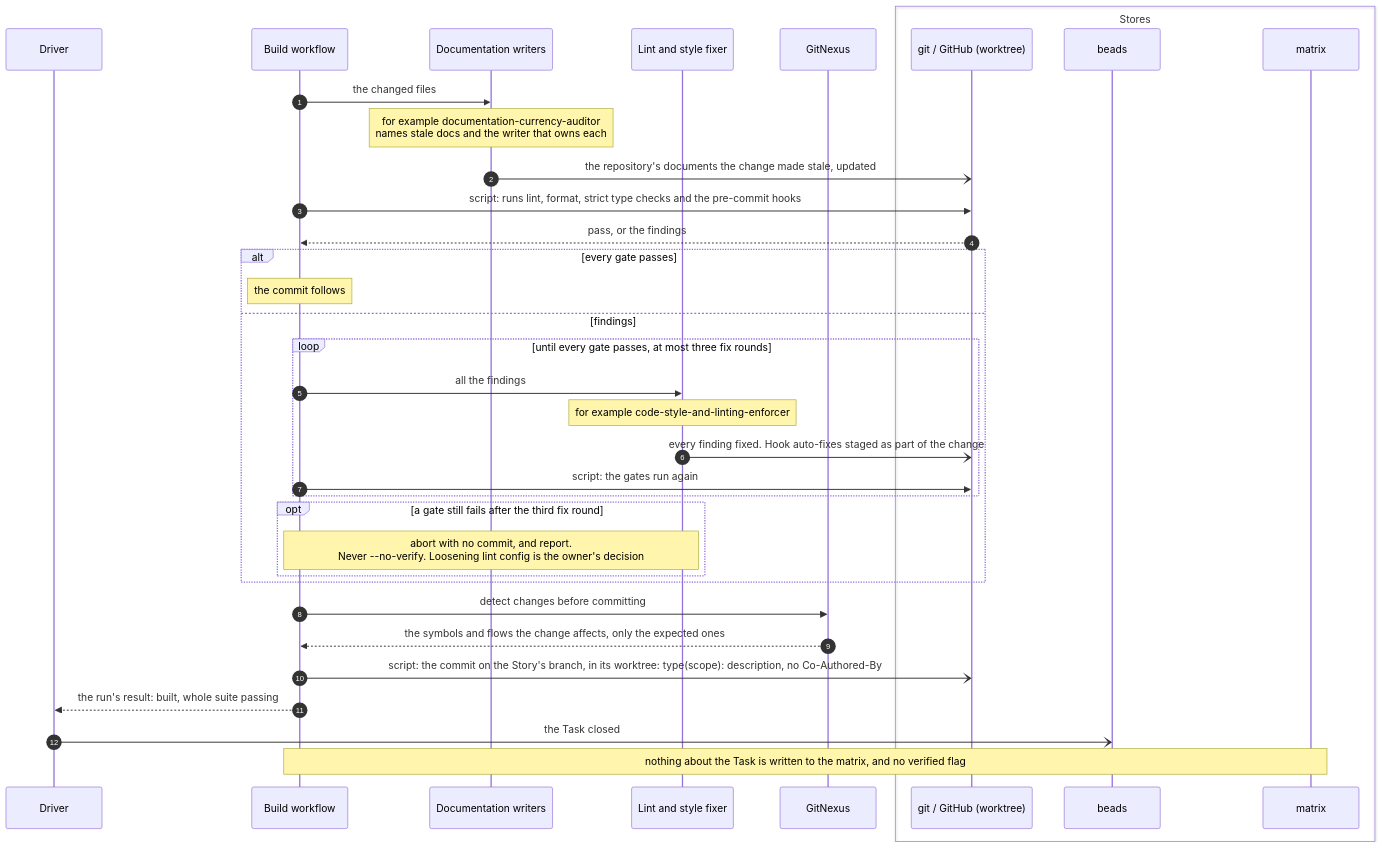
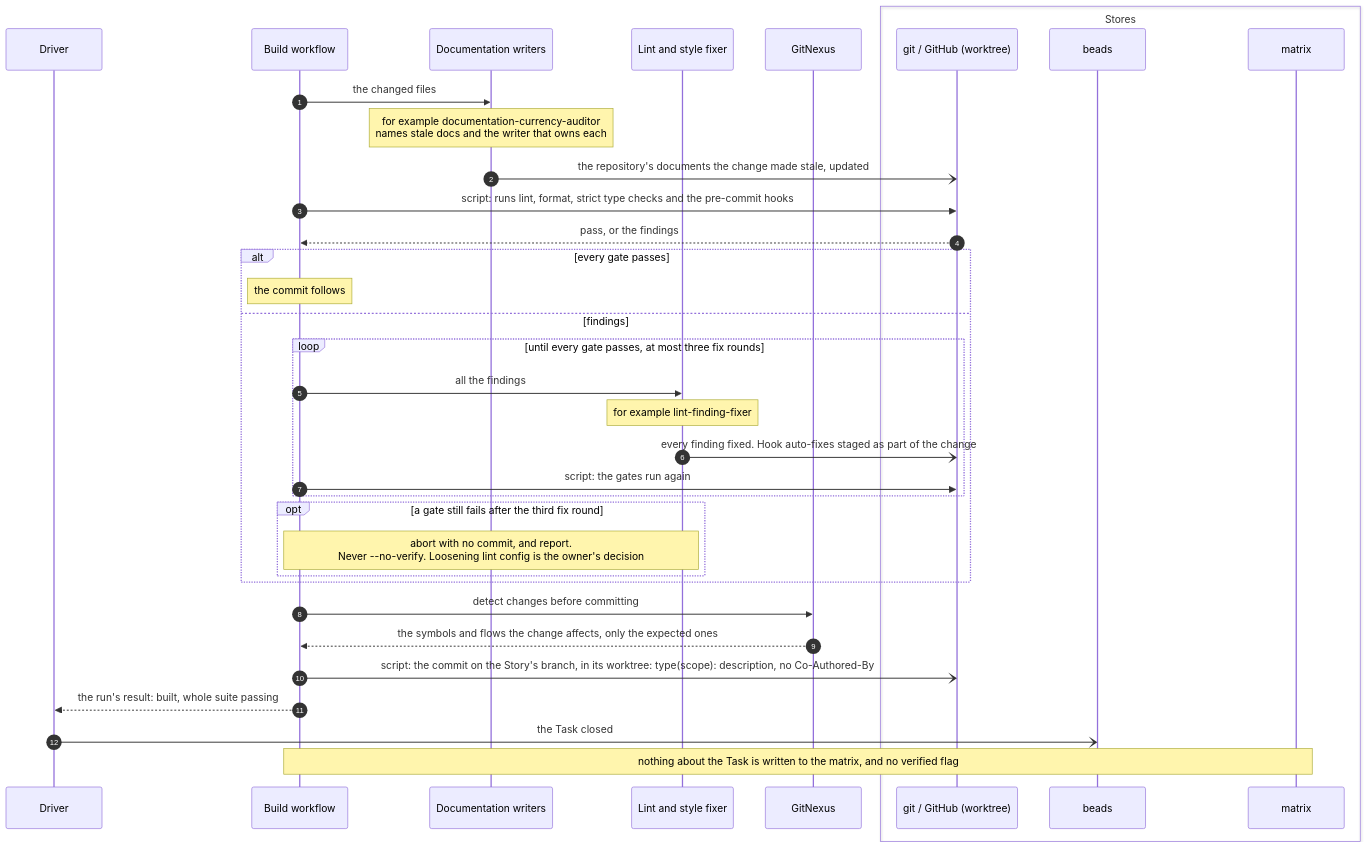
Before and after one commit to mark-satterfield/toolset: the seventh of 8 diagrams in plugins/agent-teams-workforce/blueprint/design/pipelines-build.md, drawn with Mermaid. The commit also changed 69 other files, not shown here.

````diff
--- a/plugins/agent-teams-workforce/blueprint/design/pipelines-build.md
+++ b/plugins/agent-teams-workforce/blueprint/design/pipelines-build.md
@@ -534,39 +534,39 @@
 ```mermaid
 sequenceDiagram
     autonumber
     participant DR as Driver
     participant WF as Build workflow
     participant DW as Documentation writers
     participant LF as Lint and style fixer
     participant GN as GitNexus
     box Stores
         participant G as git / GitHub (worktree)
         participant BD as beads
         participant MX as matrix
     end
 
     WF->>DW: the changed files
     Note over DW: for example documentation-currency-auditor<br/>names stale docs and the writer that owns each
     DW-)G: the repository's documents the change made stale, updated
     WF->>G: script: runs lint, format, strict type checks and the pre-commit hooks
     G-->>WF: pass, or the findings
     alt every gate passes
         Note over WF: the commit follows
     else findings
         loop until every gate passes, at most three fix rounds
             WF->>LF: all the findings
-            Note over LF: for example code-style-and-linting-enforcer
+            Note over LF: for example lint-finding-fixer
             LF-)G: every finding fixed. Hook auto-fixes staged as part of the change
             WF->>G: script: the gates run again
         end
         opt a gate still fails after the third fix round
             Note over WF,LF: abort with no commit, and report.<br/>Never --no-verify. Loosening lint config is the owner's decision
         end
     end
     WF->>GN: detect changes before committing
     GN-->>WF: the symbols and flows the change affects, only the expected ones
     WF-)G: script: the commit on the Story's branch, in its worktree: type(scope): description, no Co-Authored-By
     WF-->>DR: the run's result: built, whole suite passing
     DR-)BD: the Task closed
     Note over WF,MX: nothing about the Task is written to the matrix, and no verified flag
 ```
````
